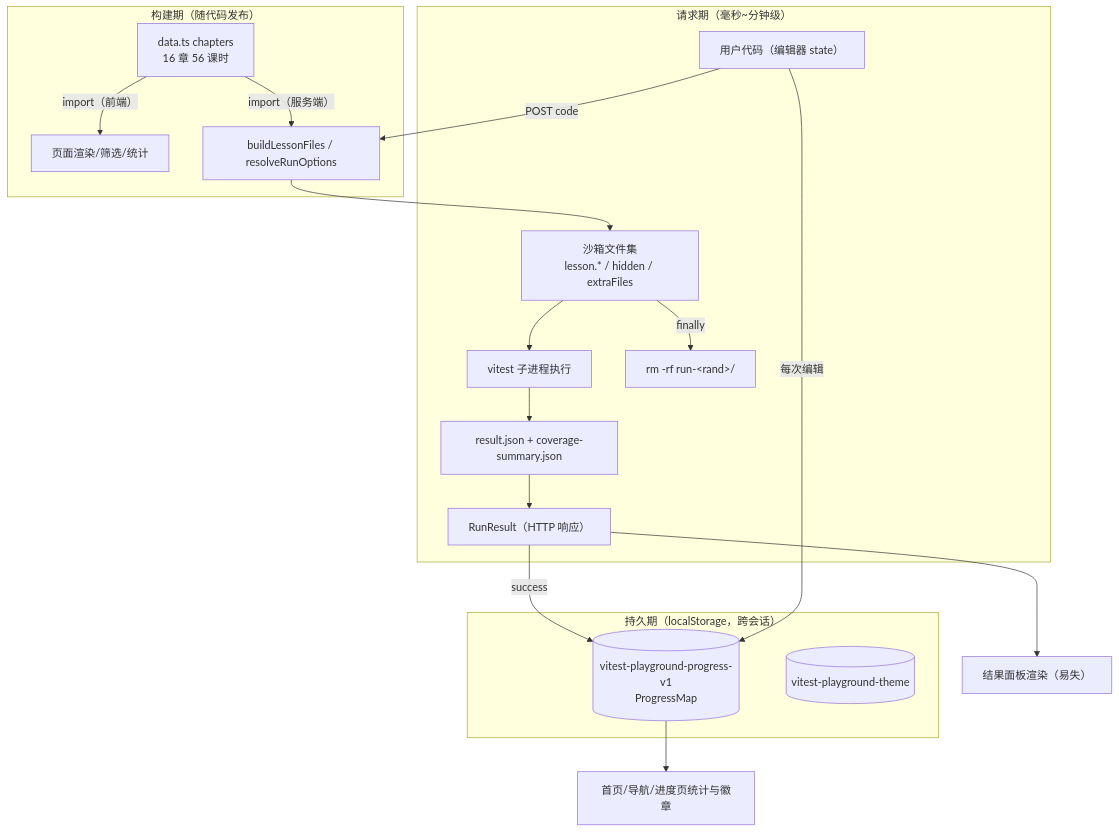
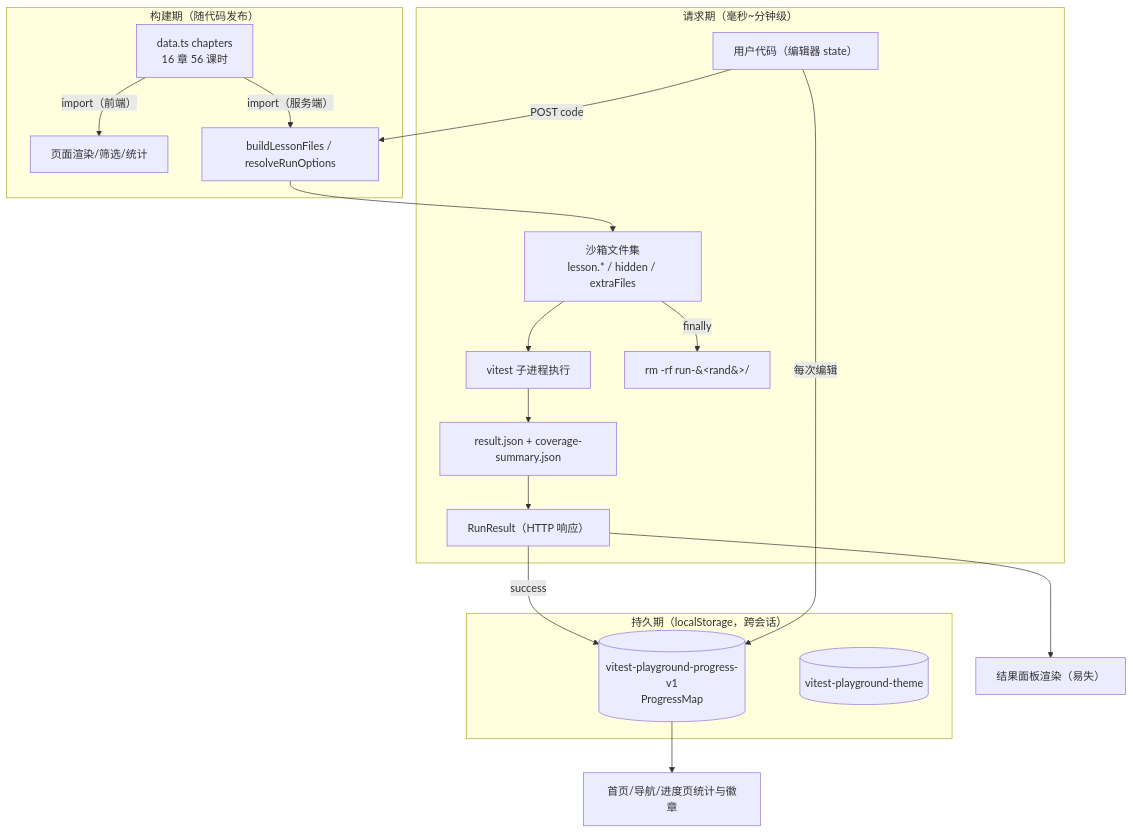
One commit to zhangzhengyang27/tech-codex changed the diagram in docs/13-项目文档/vitest-playground/04-数据模型.md. Above: the diagram before and after it, drawn with Mermaid. The commit also changed 195 other files, not shown here.

````diff
--- a/docs/13-项目文档/vitest-playground/04-数据模型.md
+++ b/docs/13-项目文档/vitest-playground/04-数据模型.md
@@ -144,28 +144,28 @@
 ```mermaid
 flowchart TD
     subgraph Build["构建期（随代码发布）"]
         DATA["data.ts chapters<br/>16 章 56 课时"]
         DATA -- "import（前端）" --> FE["页面渲染/筛选/统计"]
         DATA -- "import（服务端）" --> ASM["buildLessonFiles / resolveRunOptions"]
     end
 
     subgraph Req["请求期（毫秒~分钟级）"]
         CODE["用户代码（编辑器 state）"]
         CODE -- "POST code" --> ASM
         ASM --> FILES["沙箱文件集<br/>lesson.* / hidden / extraFiles"]
         FILES --> VT["vitest 子进程执行"]
         VT --> RES["result.json + coverage-summary.json"]
         RES --> RR["RunResult（HTTP 响应）"]
-        FILES -- "finally" --> DEL["rm -rf run-&lt;rand&gt;/"]
+        FILES -- "finally" --> DEL["rm -rf run-&#60;rand&#62;/"]
     end
 
     subgraph Persist["持久期（localStorage，跨会话）"]
         PROG[("vitest-playground-progress-v1<br/>ProgressMap")]
         THEME[("vitest-playground-theme")]
     end
 
     RR -- "success" --> PROG
     CODE -- "每次编辑" --> PROG
     RR --> UI["结果面板渲染（易失）"]
     PROG --> STAT["首页/导航/进度页统计与徽章"]
 ```
````
